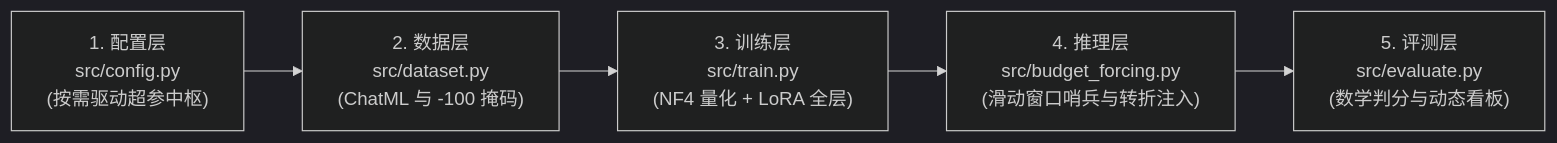
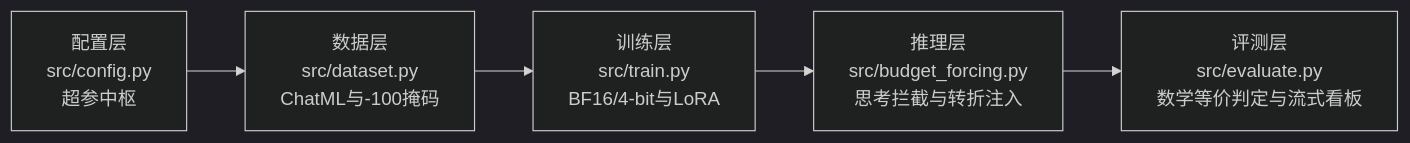
One commit to YorickShen/s1-reproduce changed the first of 2 diagrams in README.md. Above: the diagram before and after it, drawn with Mermaid (dark theme). The commit also changed other lines of this file and 7 other files, not shown here.

Commit message:
docs: 全面重构主页README与实验07终极大图

````diff
--- a/README.md
+++ b/README.md
@@ -33,7 +33,7 @@
 ```mermaid
 flowchart LR
-    A["1. 配置层<br/>src/config.py<br/>(按需驱动超参中枢)"] --> B["2. 数据层<br/>src/dataset.py<br/>(ChatML 与 -100 掩码)"]
-    B --> C["3. 训练层<br/>src/train.py<br/>(NF4 量化 + LoRA 全层)"]
-    C --> D["4. 推理层<br/>src/budget_forcing.py<br/>(滑动窗口哨兵与转折注入)"]
-    D --> E["5. 评测层<br/>src/evaluate.py<br/>(数学判分与动态看板)"]
+    A["配置层<br/>src/config.py<br/>超参中枢"] --> B["数据层<br/>src/dataset.py<br/>ChatML与-100掩码"]
+    B --> C["训练层<br/>src/train.py<br/>BF16/4-bit与LoRA"]
+    C --> D["推理层<br/>src/budget_forcing.py<br/>思考拦截与转折注入"]
+    D --> E["评测层<br/>src/evaluate.py<br/>数学等价判定与流式看板"]
 ```
````
